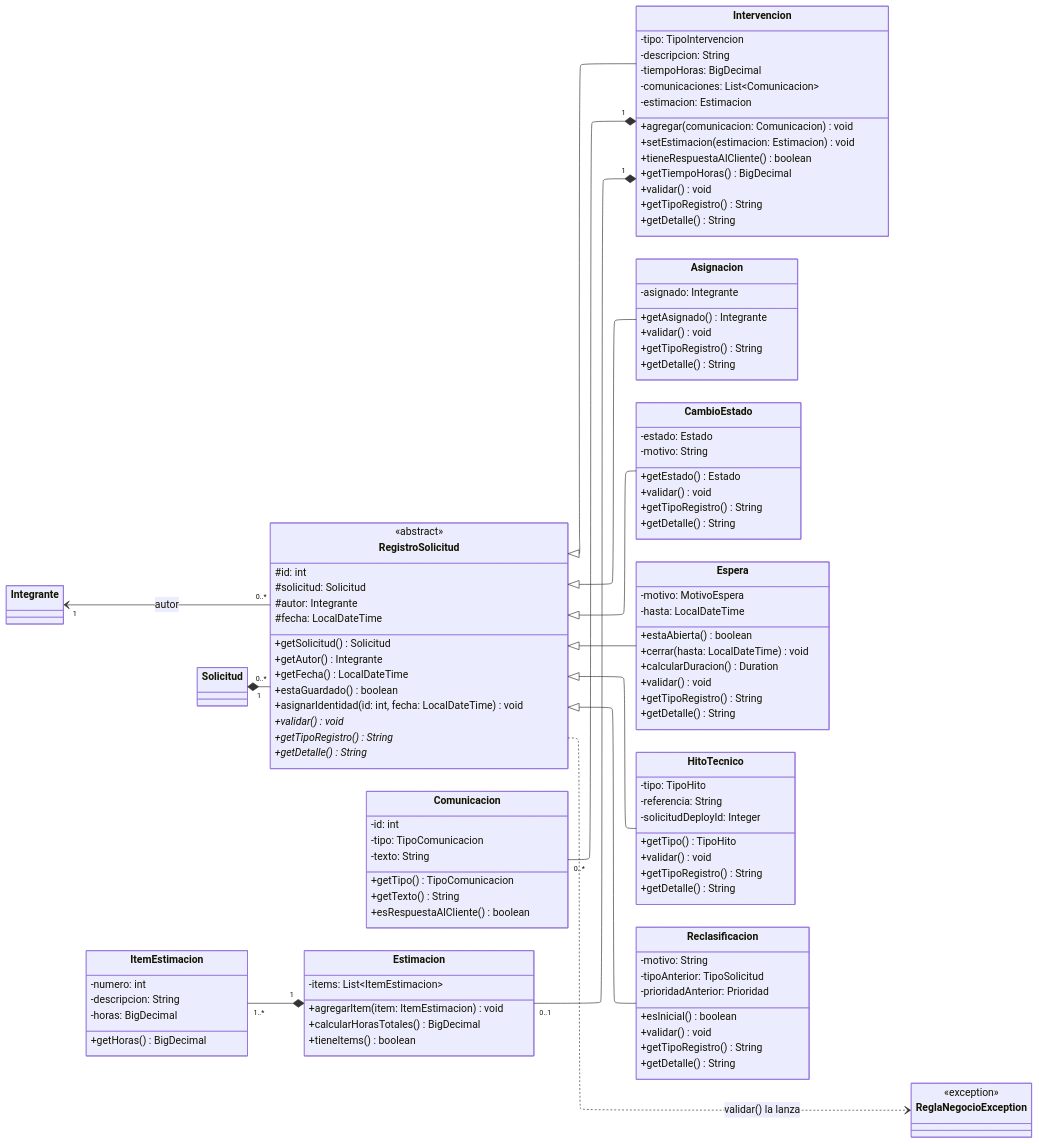
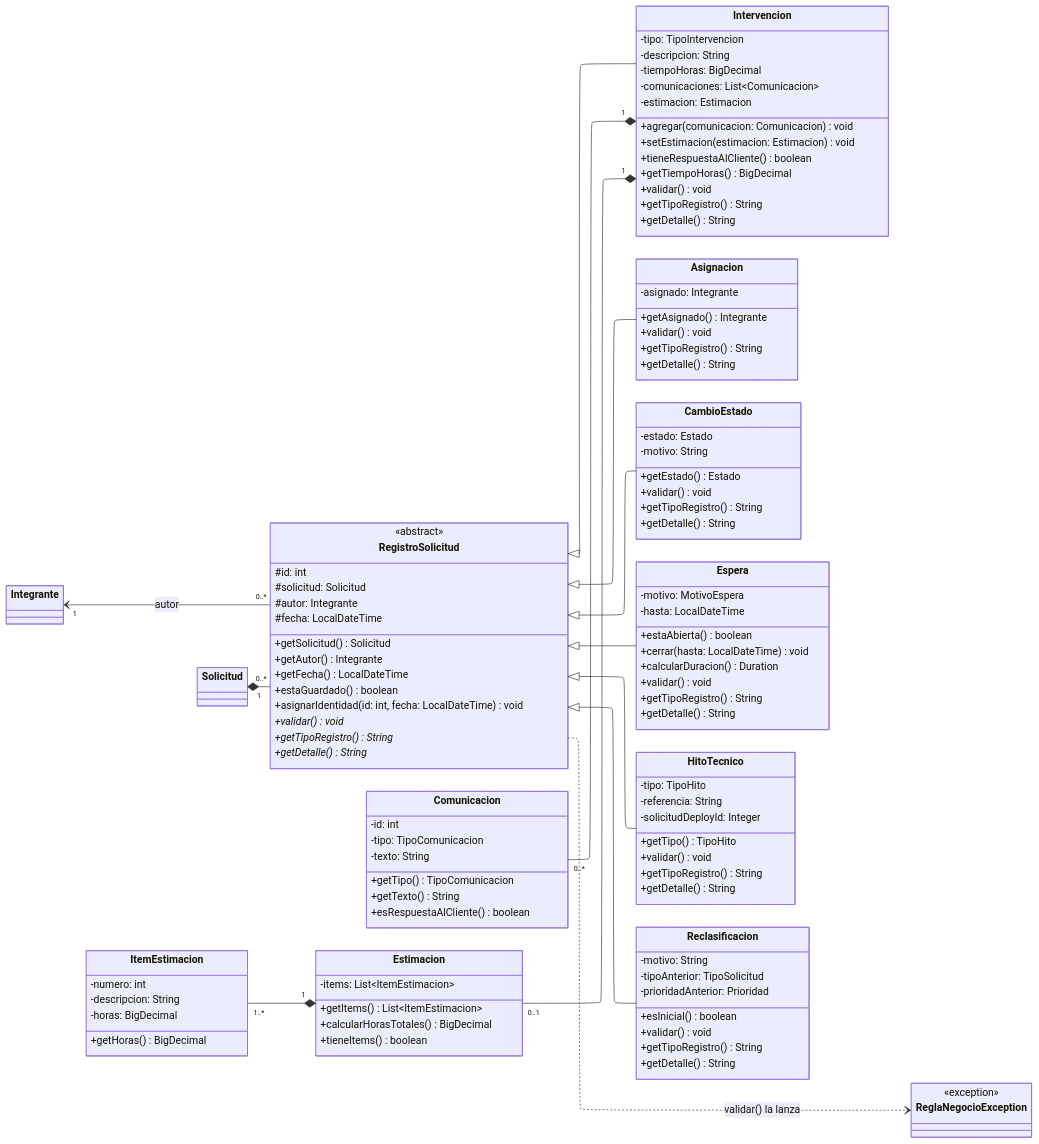
One commit to jvillegas88/sistema-gestion-soporte changed the diagram in diagramas/10-clases-diseno-2.mmd. Above: the diagram before and after it, drawn with Mermaid. The commit also changed 6 other files, not shown here.

```diff
--- a/diagramas/10-clases-diseno-2.mmd
+++ b/diagramas/10-clases-diseno-2.mmd
@@ -1,118 +1,118 @@
 ---
 config:
   layout: elk
   class:
     padding: 7
   themeCSS: ".nodeLabel, .nodeLabel p, .label foreignObject div { line-height: 1.15 !important; }"
 ---
 classDiagram
     direction LR
     class Solicitud
     class Integrante
     class RegistroSolicitud {
         <<abstract>>
         #id: int
         #solicitud: Solicitud
         #autor: Integrante
         #fecha: LocalDateTime
         +getSolicitud() Solicitud
         +getAutor() Integrante
         +getFecha() LocalDateTime
         +estaGuardado() boolean
         +asignarIdentidad(id: int, fecha: LocalDateTime) void
         +validar() void*
         +getTipoRegistro() String*
         +getDetalle() String*
     }
     class ReglaNegocioException {
         <<exception>>
     }
     class Intervencion {
         -tipo: TipoIntervencion
         -descripcion: String
         -tiempoHoras: BigDecimal
         -comunicaciones: List~Comunicacion~
         -estimacion: Estimacion
         +agregar(comunicacion: Comunicacion) void
         +setEstimacion(estimacion: Estimacion) void
         +tieneRespuestaAlCliente() boolean
         +getTiempoHoras() BigDecimal
         +validar() void
         +getTipoRegistro() String
         +getDetalle() String
     }
     class Asignacion {
         -asignado: Integrante
         +getAsignado() Integrante
         +validar() void
         +getTipoRegistro() String
         +getDetalle() String
     }
     class CambioEstado {
         -estado: Estado
         -motivo: String
         +getEstado() Estado
         +validar() void
         +getTipoRegistro() String
         +getDetalle() String
     }
     class Espera {
         -motivo: MotivoEspera
         -hasta: LocalDateTime
         +estaAbierta() boolean
         +cerrar(hasta: LocalDateTime) void
         +calcularDuracion() Duration
         +validar() void
         +getTipoRegistro() String
         +getDetalle() String
     }
     class HitoTecnico {
         -tipo: TipoHito
         -referencia: String
         -solicitudDeployId: Integer
         +getTipo() TipoHito
         +validar() void
         +getTipoRegistro() String
         +getDetalle() String
     }
     class Reclasificacion {
         -motivo: String
         -tipoAnterior: TipoSolicitud
         -prioridadAnterior: Prioridad
         +esInicial() boolean
         +validar() void
         +getTipoRegistro() String
         +getDetalle() String
     }
     class Comunicacion {
         -id: int
         -tipo: TipoComunicacion
         -texto: String
         +getTipo() TipoComunicacion
         +getTexto() String
         +esRespuestaAlCliente() boolean
     }
     class Estimacion {
         -items: List~ItemEstimacion~
-        +agregarItem(item: ItemEstimacion) void
+        +getItems() List~ItemEstimacion~
         +calcularHorasTotales() BigDecimal
         +tieneItems() boolean
     }
     class ItemEstimacion {
         -numero: int
         -descripcion: String
         -horas: BigDecimal
         +getHoras() BigDecimal
     }
     Solicitud "1" *-- "0..*" RegistroSolicitud
     Integrante "1" <-- "0..*" RegistroSolicitud : autor
     RegistroSolicitud <|-- Intervencion
     RegistroSolicitud <|-- Asignacion
     RegistroSolicitud <|-- CambioEstado
     RegistroSolicitud <|-- Espera
     RegistroSolicitud <|-- HitoTecnico
     RegistroSolicitud <|-- Reclasificacion
     RegistroSolicitud ..> ReglaNegocioException : validar() la lanza
     Comunicacion "0..*" --* "1" Intervencion
     Estimacion "0..1" --* "1" Intervencion
     ItemEstimacion "1..*" --* "1" Estimacion
```
